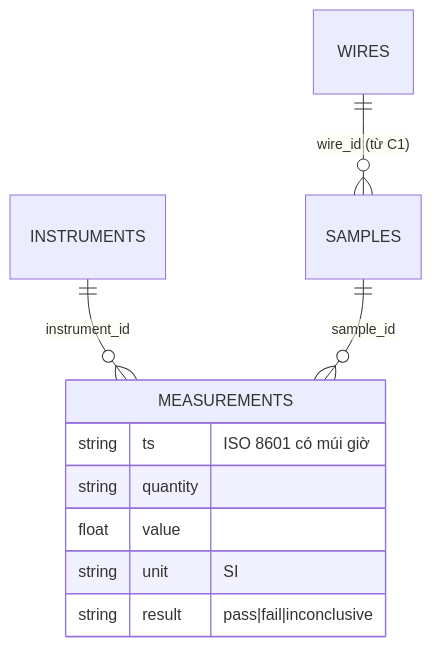
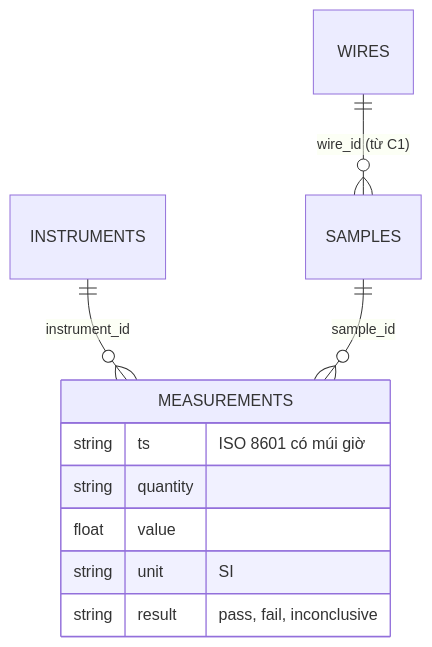
One commit to mrleloi/robotics-lab changed the third of 3 diagrams in giao-trinh/khoa-7/c00-xuong-an-toan.md. Above: the diagram before and after it, drawn with Mermaid. The commit also changed other lines of this file and 4 other files, not shown here.

````diff
--- a/giao-trinh/khoa-7/c00-xuong-an-toan.md
+++ b/giao-trinh/khoa-7/c00-xuong-an-toan.md
@@ -869,7 +869,13 @@
 ```mermaid
 erDiagram
     INSTRUMENTS ||--o{ MEASUREMENTS : "instrument_id"
     SAMPLES ||--o{ MEASUREMENTS : "sample_id"
     WIRES ||--o{ SAMPLES : "wire_id (từ C1)"
-    MEASUREMENTS { string ts "ISO 8601 có múi giờ" string quantity float value string unit "SI" string result "pass|fail|inconclusive" }
+    MEASUREMENTS {
+        string ts "ISO 8601 có múi giờ"
+        string quantity
+        float value
+        string unit "SI"
+        string result "pass, fail, inconclusive"
+    }
 ```
````
